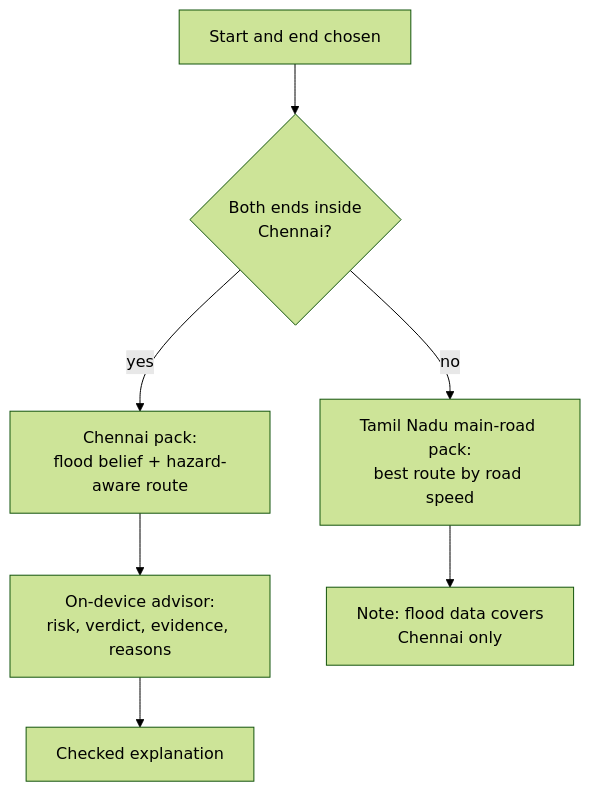
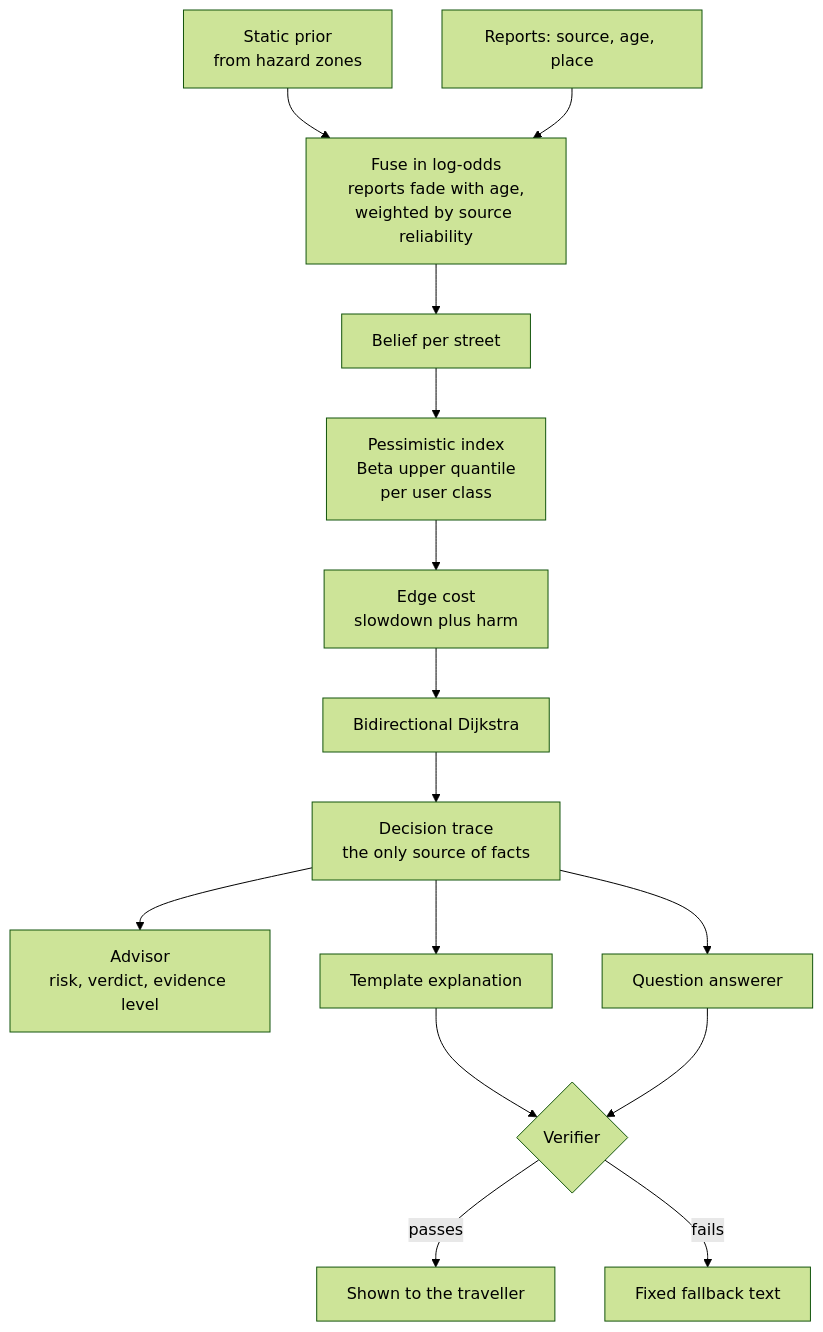
One commit to Pragatish616/CITYPULSE-IDP changed the second of 3 diagrams in README.md. Above: the diagram before and after it, drawn with Mermaid (forest theme). The commit also changed other lines of this file, not shown here.

Commit message:
docs: README rewrite - downloads, what is different, architecture and question-ladder diagrams, honest results, new implementations

````diff
--- a/README.md
+++ b/README.md
@@ -148,9 +123,17 @@
 ```mermaid
 flowchart TD
-    Q[Start and end chosen] --> C{Both ends inside<br/>Chennai?}
-    C -- yes --> CH[Chennai pack:<br/>flood belief + hazard-aware route]
-    CH --> ADV[On-device advisor:<br/>risk, verdict, evidence, reasons]
-    ADV --> EXPL[Checked explanation]
-    C -- no --> TN[Tamil Nadu main-road pack:<br/>best route by road speed]
-    TN --> NOTE[Note: flood data covers<br/>Chennai only]
+    P[Static prior<br/>from hazard zones] --> F
+    R["Reports: source, age, place"] --> F
+    F[Fuse in log-odds<br/>reports fade with age,<br/>weighted by source reliability] --> B[Belief per street]
+    B --> I[Pessimistic index<br/>Beta upper quantile<br/>per user class]
+    I --> C[Edge cost<br/>slowdown plus harm]
+    C --> S[Bidirectional Dijkstra]
+    S --> T[Decision trace<br/>the only source of facts]
+    T --> A[Advisor<br/>risk, verdict, evidence level]
+    T --> E[Template explanation]
+    T --> Q[Question answerer]
+    E --> V{Verifier}
+    Q --> V
+    V -- passes --> U[Shown to the traveller]
+    V -- fails --> X[Fixed fallback text]
 ```
````
